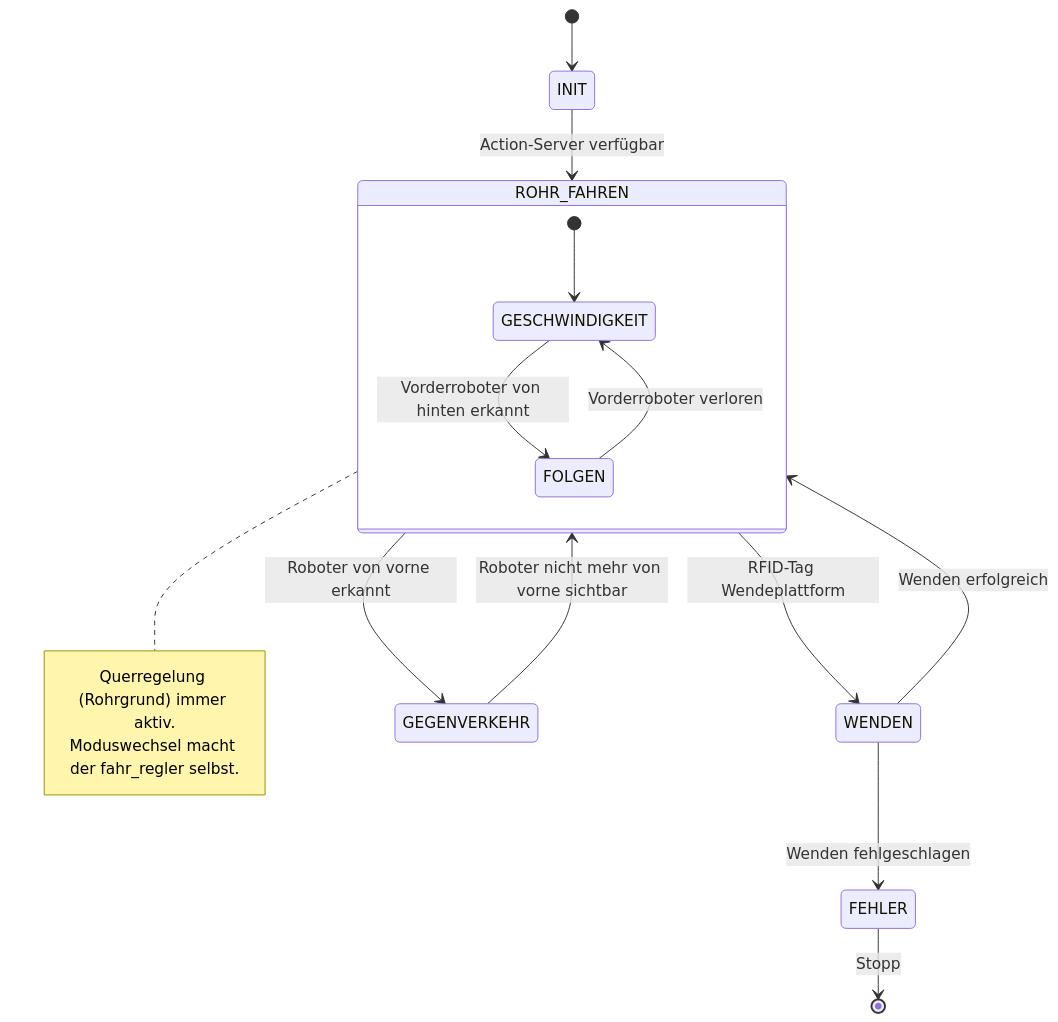
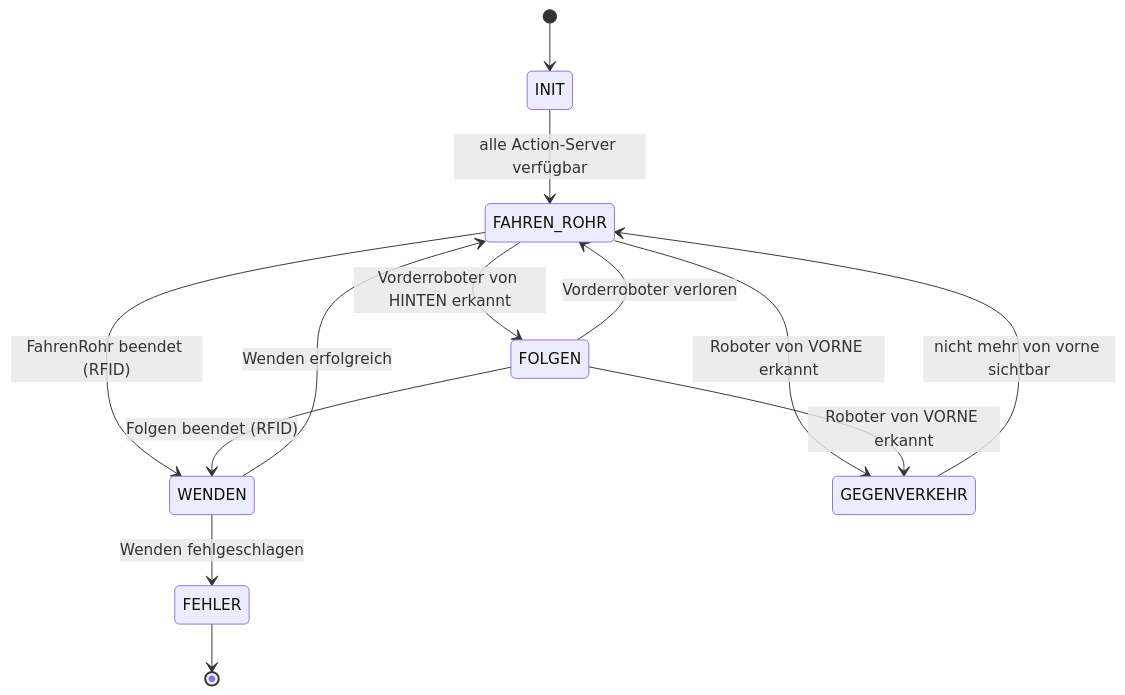
One commit to TsVBamBus/ros2_turtlebot_project_MW_NG changed the second of 2 diagrams in docs/ARCHITEKTUR.md. Above: the diagram before and after it, drawn with Mermaid. The commit also changed other lines of this file, not shown here.

````diff
--- a/docs/ARCHITEKTUR.md
+++ b/docs/ARCHITEKTUR.md
@@ -437,22 +350,19 @@
 ```mermaid
 stateDiagram-v2
     [*] --> INIT
-    INIT --> ROHR_FAHREN: Action-Server verfügbar
+    INIT --> FAHREN_ROHR: alle Action-Server verfügbar
 
-    state ROHR_FAHREN {
-        [*] --> GESCHWINDIGKEIT
-        GESCHWINDIGKEIT --> FOLGEN: Vorderroboter von hinten erkannt
-        FOLGEN --> GESCHWINDIGKEIT: Vorderroboter verloren
-    }
-    note right of ROHR_FAHREN
-        Querregelung (Rohrgrund) immer aktiv.
-        Moduswechsel macht der fahr_regler selbst.
-    end note
+    FAHREN_ROHR --> FOLGEN: Vorderroboter von HINTEN erkannt
+    FOLGEN --> FAHREN_ROHR: Vorderroboter verloren
 
-    ROHR_FAHREN --> WENDEN: RFID-Tag Wendeplattform
-    WENDEN --> ROHR_FAHREN: Wenden erfolgreich
-    ROHR_FAHREN --> GEGENVERKEHR: Roboter von vorne erkannt
-    GEGENVERKEHR --> ROHR_FAHREN: Roboter nicht mehr von vorne sichtbar
+    FAHREN_ROHR --> WENDEN: FahrenRohr beendet (RFID)
+    FOLGEN --> WENDEN: Folgen beendet (RFID)
+    WENDEN --> FAHREN_ROHR: Wenden erfolgreich
+
+    FAHREN_ROHR --> GEGENVERKEHR: Roboter von VORNE erkannt
+    FOLGEN --> GEGENVERKEHR: Roboter von VORNE erkannt
+    GEGENVERKEHR --> FAHREN_ROHR: nicht mehr von vorne sichtbar
+
     WENDEN --> FEHLER: Wenden fehlgeschlagen
-    FEHLER --> [*]: Stopp
+    FEHLER --> [*]
 ```
````
